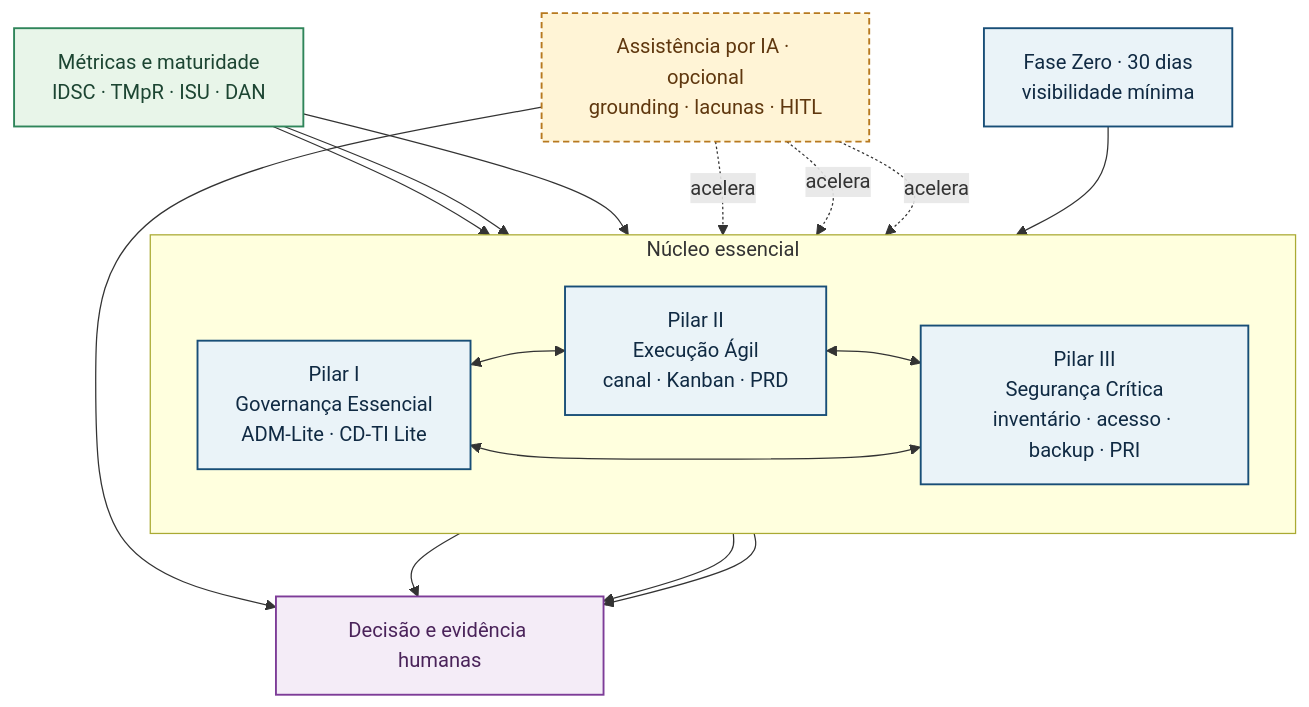
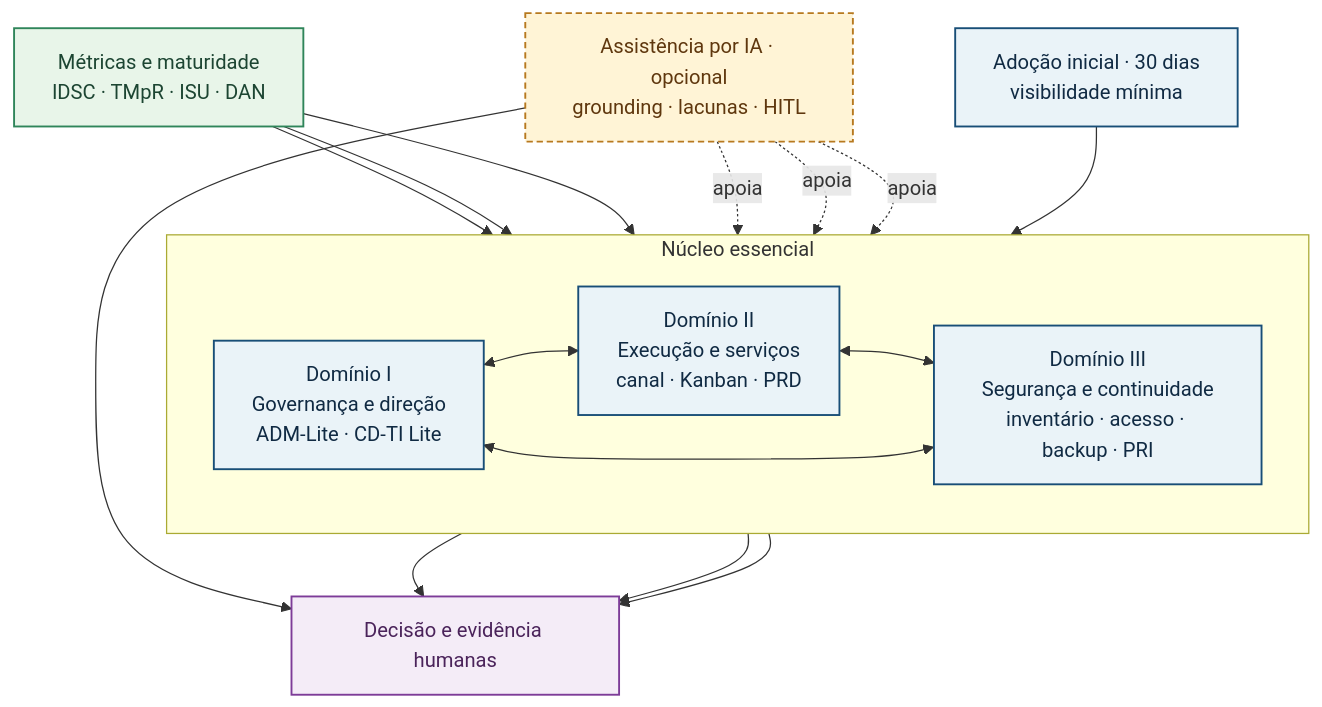
One commit to andrecodexvictor/GP-Pme changed the diagram in GP-Pme Article/overleaf/figures/mermaid/gppme-architecture.mmd. Above: the diagram before and after it, drawn with Mermaid. The commit also changed 351 other files, not shown here.

```diff
--- a/GP-Pme Article/overleaf/figures/mermaid/gppme-architecture.mmd
+++ b/GP-Pme Article/overleaf/figures/mermaid/gppme-architecture.mmd
@@ -1,37 +1,37 @@
 flowchart TB
-    Z["Fase Zero · 30 dias<br/>visibilidade mínima"]
+    Z["Adoção inicial · 30 dias<br/>visibilidade mínima"]
 
     subgraph CORE["Núcleo essencial"]
       direction LR
-      P1["Pilar I<br/>Governança Essencial<br/>ADM-Lite · CD-TI Lite"]
-      P2["Pilar II<br/>Execução Ágil<br/>canal · Kanban · PRD"]
-      P3["Pilar III<br/>Segurança Crítica<br/>inventário · acesso · backup · PRI"]
+      P1["Domínio I<br/>Governança e direção<br/>ADM-Lite · CD-TI Lite"]
+      P2["Domínio II<br/>Execução e serviços<br/>canal · Kanban · PRD"]
+      P3["Domínio III<br/>Segurança e continuidade<br/>inventário · acesso · backup · PRI"]
       P1 <--> P2
       P2 <--> P3
       P3 <--> P1
     end
 
     X["Métricas e maturidade<br/>IDSC · TMpR · ISU · DAN"]
     AI["Assistência por IA · opcional<br/>grounding · lacunas · HITL"]
     H["Decisão e evidência humanas"]
 
     Z --> CORE
     X --> P1
     X --> P2
     X --> P3
-    AI -. acelera .-> P1
-    AI -. acelera .-> P2
-    AI -. acelera .-> P3
+    AI -. apoia .-> P1
+    AI -. apoia .-> P2
+    AI -. apoia .-> P3
     P1 --> H
     P2 --> H
     P3 --> H
     AI --> H
 
     classDef core fill:#EAF3F8,stroke:#184E77,color:#102A43,stroke-width:1.5px;
     classDef cross fill:#E8F5E9,stroke:#2F855A,color:#1C4532,stroke-width:1.5px;
     classDef optional fill:#FFF4D6,stroke:#B7791F,color:#5F370E,stroke-width:1.5px,stroke-dasharray: 5 3;
     classDef human fill:#F4ECF7,stroke:#7D3C98,color:#4A235A,stroke-width:1.5px;
     class Z,P1,P2,P3 core;
     class X cross;
     class AI optional;
     class H human;
```
